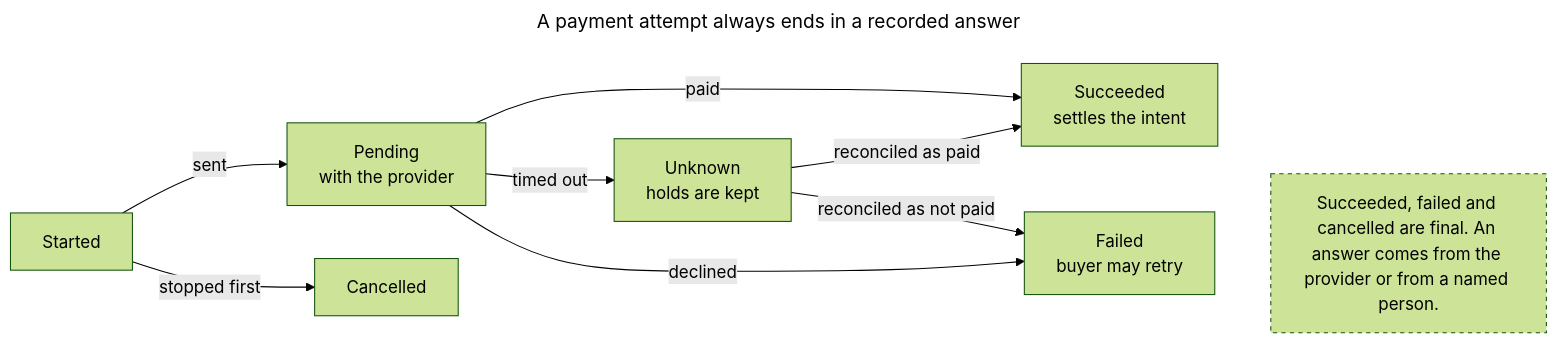
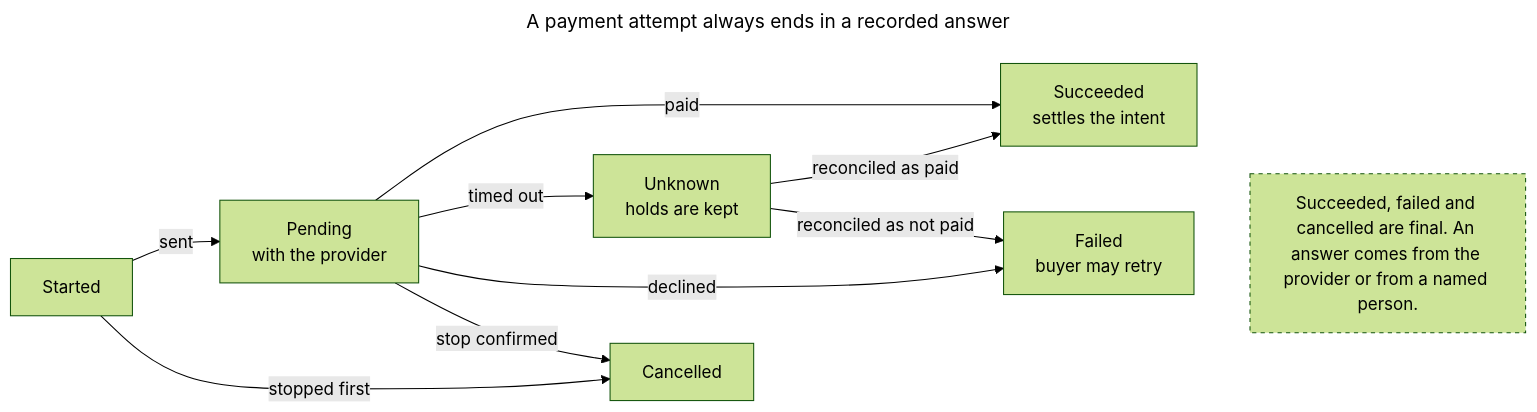
Before and after one commit to newtheatre/proscenium: the third of 3 diagrams in docs/specs/box-office-payments-ledger/04-states-and-rules.md, drawn with Mermaid (forest theme). The commit also changed other lines of this file and 103 other files, not shown here.

````diff
--- a/docs/specs/box-office-payments-ledger/04-states-and-rules.md
+++ b/docs/specs/box-office-payments-ledger/04-states-and-rules.md
@@ -167,23 +176,24 @@
 ```mermaid
 ---
 title: "A payment attempt always ends in a recorded answer"
 ---
 flowchart LR
   started["Started"]
   pending["Pending<br/>with the provider"]
   succeeded["Succeeded<br/>settles the intent"]
   unknown["Unknown<br/>holds are kept"]
   failed["Failed<br/>buyer may retry"]
   cancelled["Cancelled"]
   started -->|"sent"| pending
   pending -->|"paid"| succeeded
   pending -->|"timed out"| unknown
   pending -->|"declined"| failed
   unknown -->|"reconciled as paid"| succeeded
   unknown -->|"reconciled as not paid"| failed
   started -->|"stopped first"| cancelled
+  pending -->|"stop confirmed"| cancelled
   note["Succeeded, failed and cancelled are final. An answer comes from the provider or from a named person."]
   failed ~~~ note
   classDef note stroke-dasharray: 4 4
   class note note
 ```
````
